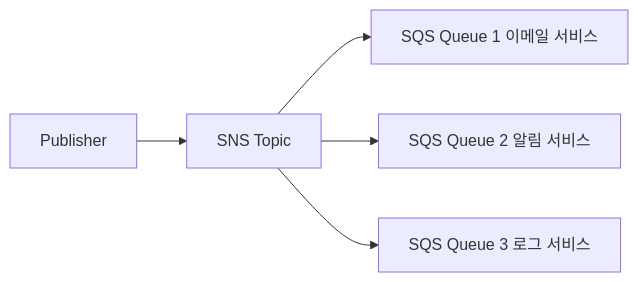
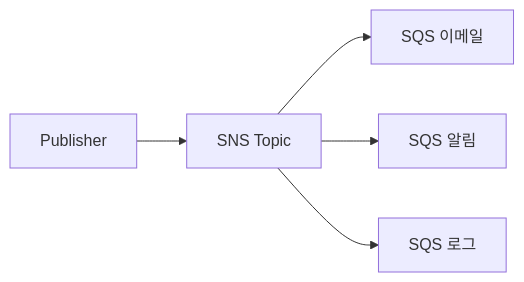
Before and after one commit to yjkim2015/yjkim2015.github.io: the sixth of 9 diagrams in _posts/cloud/2026-05-03-aws-core-services.md, drawn with Mermaid. The commit also changed other lines of this file and 132 other files, not shown here.

First line of the commit message:
Mermaid 다이어그램 가독성 정리: 단순 제거, 노드 축소, TD→LR 변환

````diff
--- a/_posts/cloud/2026-05-03-aws-core-services.md
+++ b/_posts/cloud/2026-05-03-aws-core-services.md
@@ -594,7 +594,7 @@
 ```mermaid
 graph LR
     P[Publisher] --> T[SNS Topic]
-    T --> Q1[SQS Queue 1 이메일 서비스]
-    T --> Q2[SQS Queue 2 알림 서비스]
-    T --> Q3[SQS Queue 3 로그 서비스]
+    T --> Q1[SQS 이메일]
+    T --> Q2[SQS 알림]
+    T --> Q3[SQS 로그]
 ```
````
